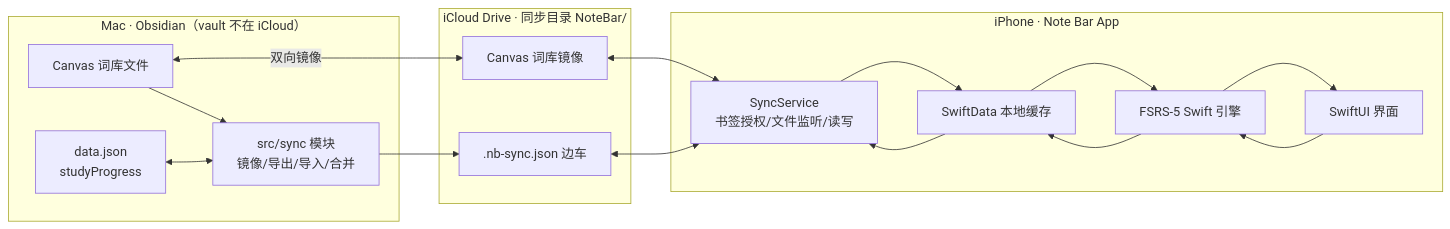
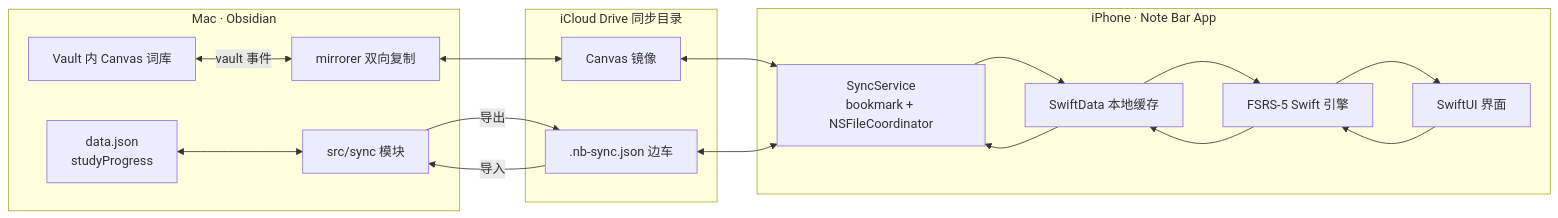
Before and after one commit to sumMer-ok/note-bar: the diagram in docs/superpowers/specs/2026-08-14-note-bar-ios-sync-design.md, drawn with Mermaid. The commit also changed other lines of this file, not shown here.

Commit message:
docs: revise iOS sync spec after subagent review (studyKey, mirror chain, iOS file access)

````diff
--- a/docs/superpowers/specs/2026-08-14-note-bar-ios-sync-design.md
+++ b/docs/superpowers/specs/2026-08-14-note-bar-ios-sync-design.md
@@ -132,25 +137,28 @@
 ```mermaid
 flowchart LR
-    subgraph Mac["Mac · Obsidian（vault 不在 iCloud）"]
-        V[Canvas 词库文件]
+    subgraph Mac["Mac · Obsidian"]
+        V[Vault 内 Canvas 词库]
         D[data.json<br/>studyProgress]
-        S[src/sync 模块<br/>镜像/导出/导入/合并]
+        S[src/sync 模块]
+        M[mirrorer 双向复制]
     end
-    subgraph Cloud["iCloud Drive · 同步目录 NoteBar/"]
-        C[Canvas 词库镜像]
+    subgraph Cloud["iCloud Drive 同步目录"]
+        C[Canvas 镜像]
         F[.nb-sync.json 边车]
     end
     subgraph Phone["iPhone · Note Bar App"]
-        T[SyncService<br/>书签授权/文件监听/读写]
+        T[SyncService<br/>bookmark + NSFileCoordinator]
         L[SwiftData 本地缓存]
         Fs[FSRS-5 Swift 引擎]
         U[SwiftUI 界面]
     end
-    V <-->|双向镜像| C
-    V --> S --> F
+    V <-->|vault 事件| M
+    M <--> C
     D <--> S
+    S -->|导出| F
+    F -->|导入| S
     C <--> T
     F <--> T
     T --> L --> Fs --> U
     U --> Fs --> L --> T
 ```
````
